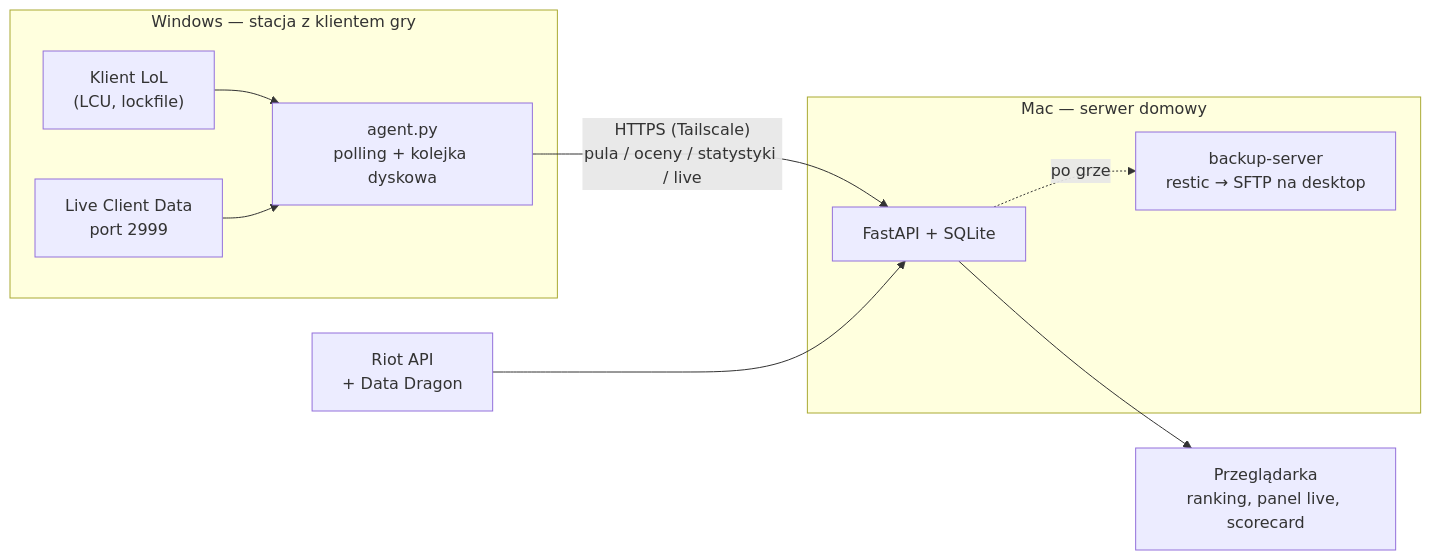
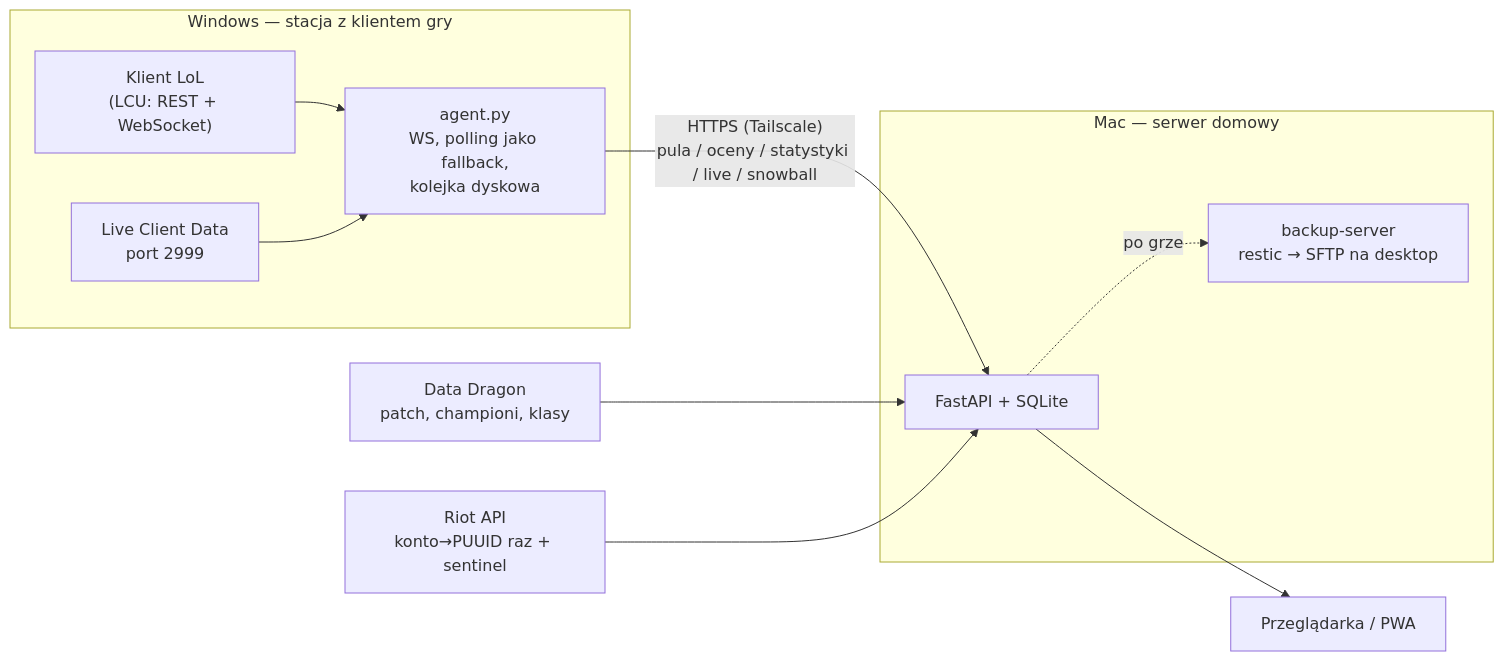
One commit to zerx0202/mastery-tracker changed the diagram in README.md. Above: the diagram before and after it, drawn with Mermaid. The commit also changed other lines of this file and 1 other file, not shown here.

Commit message:
docs: README do stanu kodu - model porzadkowy, snowball, WS, korekta match-v5/Mayhem, wyniki sondy glebokosci; agent/README opisuje calego agenta

````diff
--- a/README.md
+++ b/README.md
@@ -22,22 +19,24 @@
 ```mermaid
 flowchart LR
     subgraph W["Windows — stacja z klientem gry"]
-        LCU["Klient LoL<br/>(LCU, lockfile)"]
+        LCU["Klient LoL<br/>(LCU: REST + WebSocket)"]
         LIVE["Live Client Data<br/>port 2999"]
-        AG["agent.py<br/>polling + kolejka dyskowa"]
+        AG["agent.py<br/>WS, polling jako fallback,<br/>kolejka dyskowa"]
         LCU --> AG
         LIVE --> AG
     end
 
     subgraph M["Mac — serwer domowy"]
         BE["FastAPI + SQLite"]
         BK["backup-server<br/>restic → SFTP na desktop"]
         BE -.po grze.-> BK
     end
 
-    RIOT["Riot API<br/>+ Data Dragon"]
+    DD["Data Dragon<br/>patch, championi, klasy"]
+    RIOT["Riot API<br/>konto→PUUID raz + sentinel"]
 
-    AG -- "HTTPS (Tailscale)<br/>pula / oceny / statystyki / live" --> BE
+    AG -- "HTTPS (Tailscale)<br/>pula / oceny / statystyki / live / snowball" --> BE
+    DD --> BE
     RIOT --> BE
-    BE --> FE["Przeglądarka<br/>ranking, panel live, scorecard"]
+    BE --> FE["Przeglądarka / PWA"]
 ```
````
